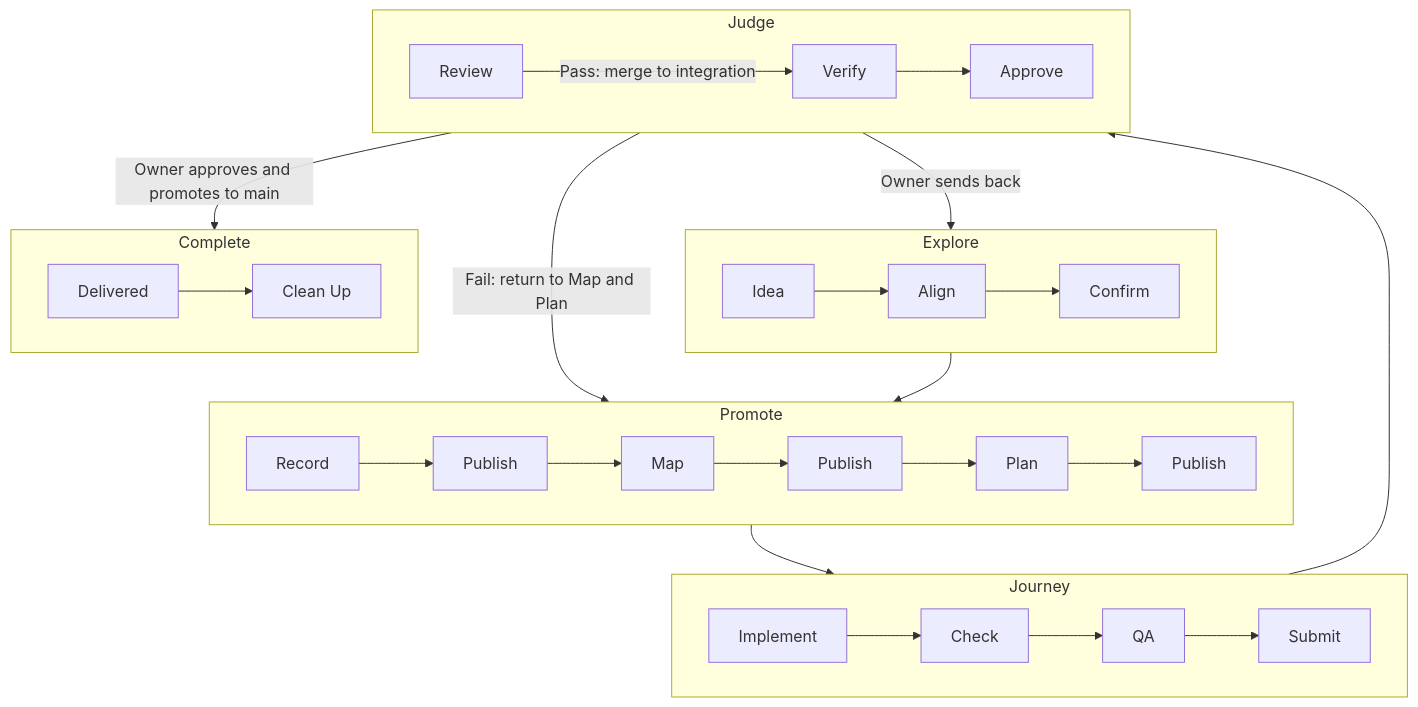
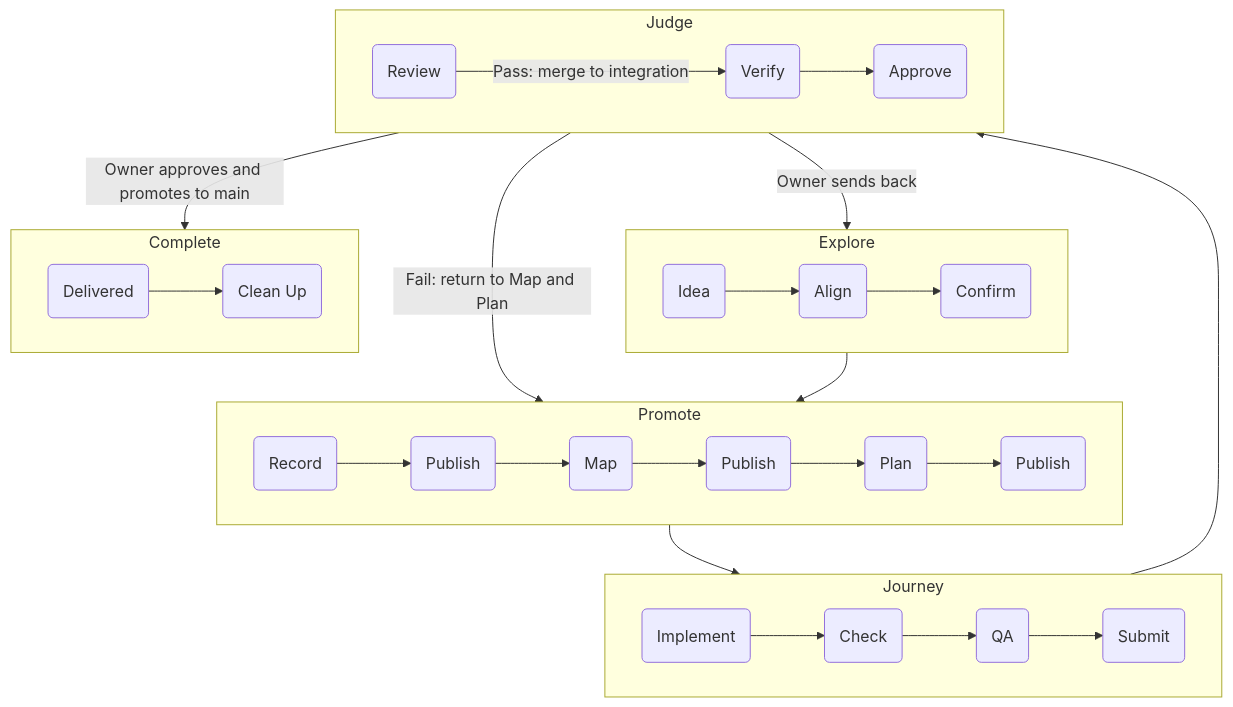
Before and after one commit to KaydenClark/LLM_Workbench: the diagram in RUNBOOK.md, drawn with Mermaid. The commit also changed 1 other file, not shown here.

Commit message:
Keep workflow diagram labels out of template placeholders

````diff
--- a/RUNBOOK.md
+++ b/RUNBOOK.md
@@ -134,31 +134,31 @@
 ```mermaid
 flowchart TB
   subgraph Explore
     direction LR
-    idea[Idea] --> align[Align] --> confirm[Confirm]
+    idea("Idea") --> align("Align") --> confirm("Confirm")
   end
   subgraph Promote
     direction LR
-    record[Record] --> pubRecord[Publish] --> map[Map] --> pubMap[Publish] --> plan[Plan] --> pubPlan[Publish]
+    record("Record") --> pubRecord("Publish") --> map("Map") --> pubMap("Publish") --> plan("Plan") --> pubPlan("Publish")
   end
   subgraph Journey
     direction LR
-    implement[Implement] --> check[Check] --> qa[QA] --> submit[Submit]
+    implement("Implement") --> check("Check") --> qa("QA") --> submit("Submit")
   end
   subgraph Judge
     direction LR
-    review[Review]
-    verify[Verify] --> approve[Approve]
+    review("Review")
+    verify("Verify") --> approve("Approve")
   end
   subgraph Complete
     direction LR
-    delivered[Delivered] --> cleanup[Clean Up]
+    delivered("Delivered") --> cleanup("Clean Up")
   end
   confirm --> record
   pubPlan --> implement
   submit --> review
   review -->|Pass: merge to integration| verify
   review -->|Fail: return to Map and Plan| map
   approve -->|Owner approves and promotes to main| delivered
   approve -->|Owner sends back| align
 ```
````
